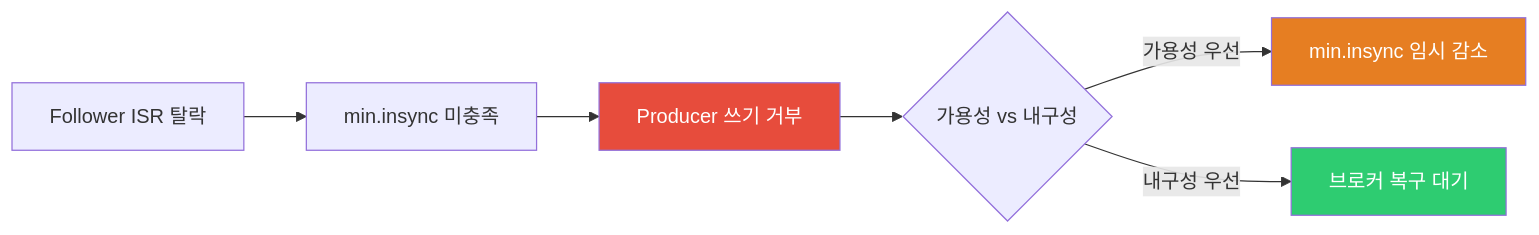
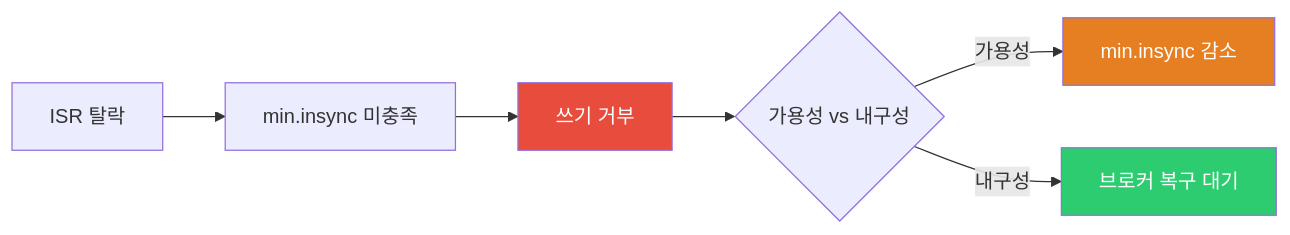
The eighth of 8 diagrams in _posts/kafka/2026-05-01-kafka-replication.md (yjkim2015/yjkim2015.github.io), drawn with Mermaid before and after one commit. The commit also changed other lines of this file and 48 other files, not shown here.

First line of the commit message:
Mermaid 최종 47건 수정: participant/노드/줄수/라벨 전부 기준 이하

````diff
--- a/_posts/kafka/2026-05-01-kafka-replication.md
+++ b/_posts/kafka/2026-05-01-kafka-replication.md
@@ -338,15 +336,15 @@
 ```mermaid
 flowchart LR
-    A["Follower ISR 탈락"]
+    A["ISR 탈락"]
     B["min.insync 미충족"]
-    C["Producer 쓰기 거부"]
+    C["쓰기 거부"]
     D{"가용성 vs 내구성"}
-    E["min.insync 임시 감소"]
+    E["min.insync 감소"]
     F["브로커 복구 대기"]
     A --> B --> C --> D
-    D -->|"가용성 우선"| E
-    D -->|"내구성 우선"| F
+    D -->|"가용성"| E
+    D -->|"내구성"| F
     style C fill:#e74c3c,color:#fff
     style E fill:#e67e22,color:#fff
     style F fill:#2ecc71,color:#fff
 ```
````
